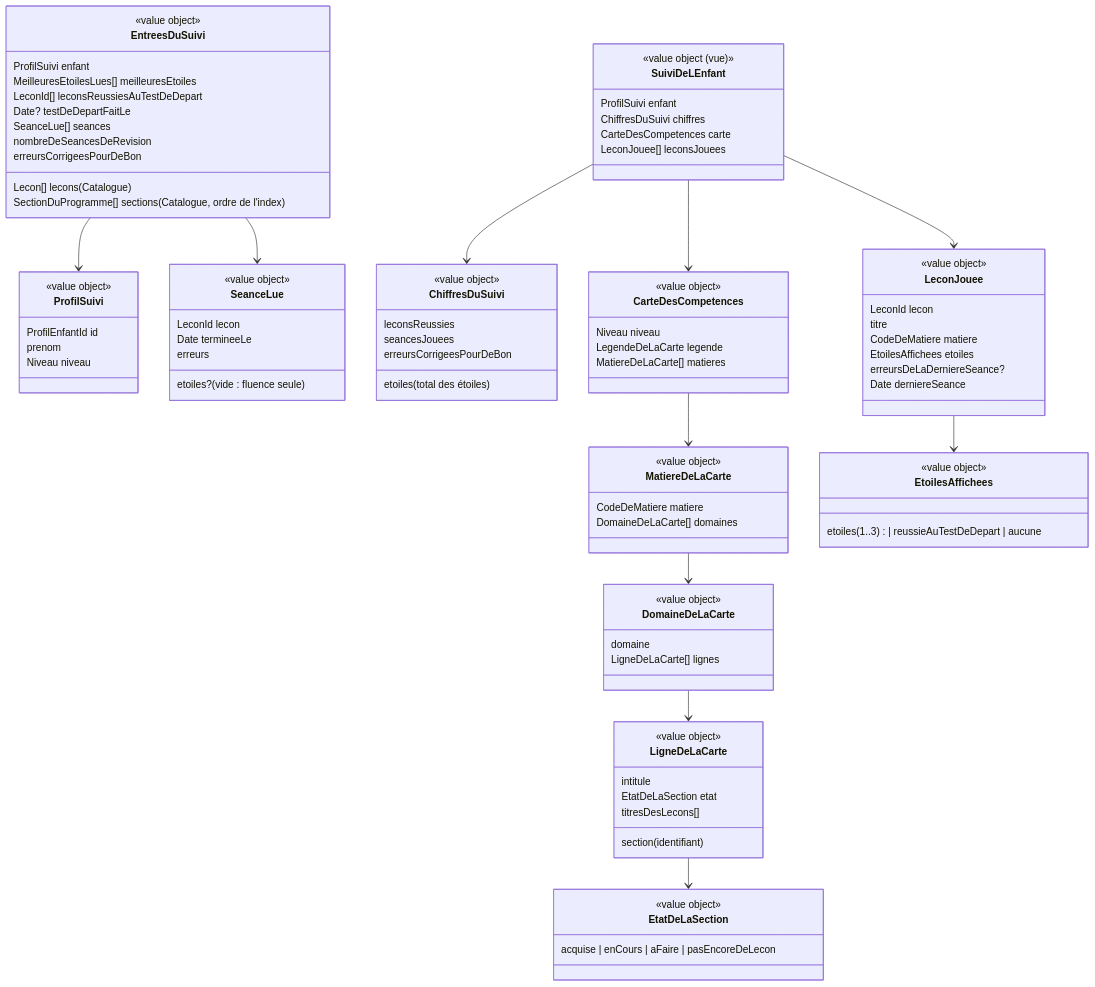
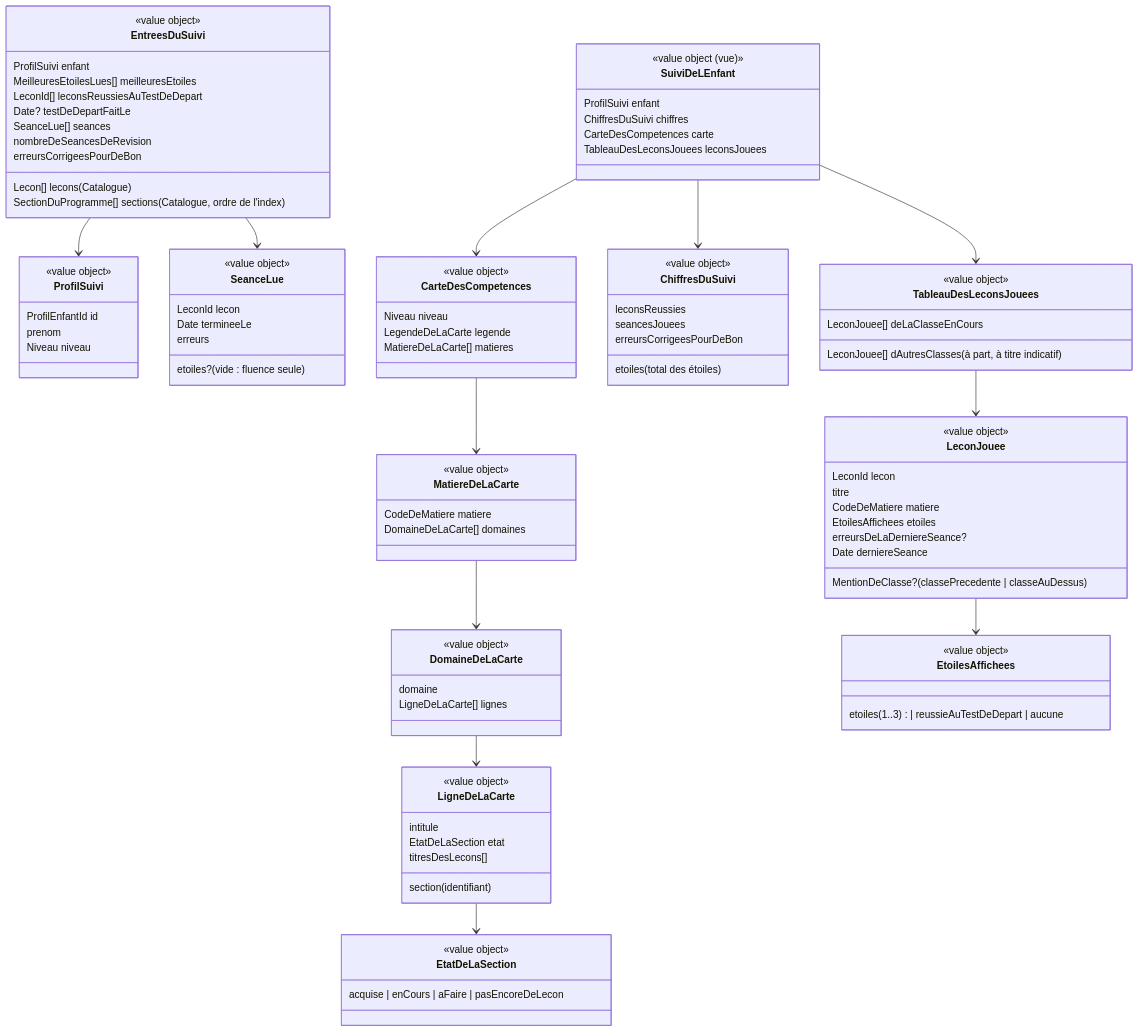
One commit to SBA-dev/github-move changed the diagram in docs/stories/34/domain-model.md. Above: the diagram before and after it, drawn with Mermaid. The commit also changed other lines of this file and 2 other files, not shown here.

```diff
--- a/docs/stories/34/domain-model.md
+++ b/docs/stories/34/domain-model.md
@@ -118,7 +152,12 @@
     ProfilSuivi enfant
     ChiffresDuSuivi chiffres
     CarteDesCompetences carte
-    LeconJouee[] leconsJouees
+    TableauDesLeconsJouees leconsJouees
+  }
+  class TableauDesLeconsJouees {
+    <<value object>>
+    LeconJouee[] deLaClasseEnCours
+    LeconJouee[] dAutresClasses (à part, à titre indicatif)
   }
   class ChiffresDuSuivi {
     <<value object>>
@@ -162,6 +201,7 @@
     EtoilesAffichees etoiles
     erreursDeLaDerniereSeance?
     Date derniereSeance
+    MentionDeClasse? (classePrecedente | classeAuDessus)
   }
   class EtoilesAffichees {
     <<value object>>
@@ -171,7 +211,8 @@
   EntreesDuSuivi --> SeanceLue
   SuiviDeLEnfant --> ChiffresDuSuivi
   SuiviDeLEnfant --> CarteDesCompetences
-  SuiviDeLEnfant --> LeconJouee
+  SuiviDeLEnfant --> TableauDesLeconsJouees
+  TableauDesLeconsJouees --> LeconJouee
   CarteDesCompetences --> MatiereDeLaCarte
   MatiereDeLaCarte --> DomaineDeLaCarte
   DomaineDeLaCarte --> LigneDeLaCarte
```
